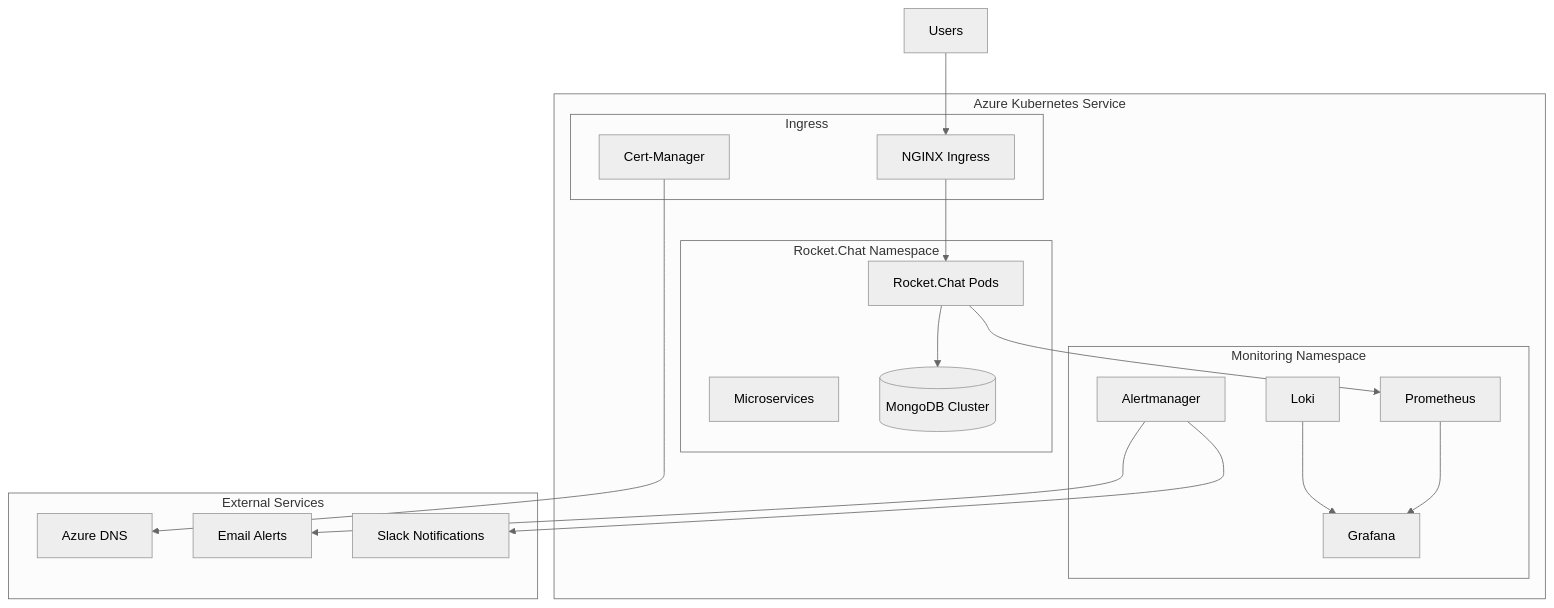
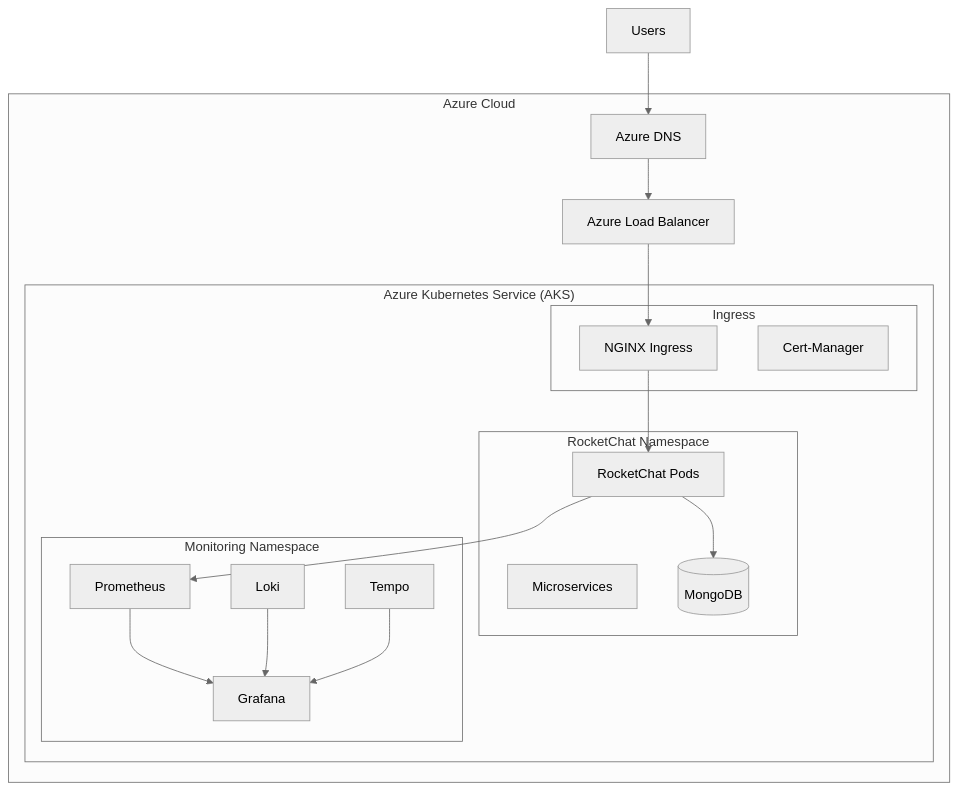
One commit to Canepro/rocketchat-k8s-deployment changed the diagram in README.md. Above: the diagram before and after it, drawn with Mermaid (neutral theme). The commit also changed other lines of this file and 1 other file, not shown here.

````diff
--- a/README.md
+++ b/README.md
@@ -60,38 +93,37 @@
 ```mermaid
 graph TB
-    subgraph "Azure Kubernetes Service"
-        subgraph "Rocket.Chat Namespace"
-            RC[Rocket.Chat Pods]
-            MS[Microservices]
-            DB[(MongoDB Cluster)]
+    subgraph "Azure Cloud"
+        subgraph "Azure Kubernetes Service (AKS)"
+            subgraph "RocketChat Namespace"
+                RC[RocketChat Pods]
+                MS[Microservices]
+                DB[(MongoDB)]
+            end
+            
+            subgraph "Monitoring Namespace"
+                P[Prometheus]
+                G[Grafana]
+                L[Loki]
+                T[Tempo]
+            end
+            
+            subgraph "Ingress"
+                IC[NGINX Ingress]
+                CM[Cert-Manager]
+            end
         end
         
-        subgraph "Monitoring Namespace"
-            P[Prometheus]
-            G[Grafana]
-            L[Loki]
-            AM[Alertmanager]
-        end
-        
-        subgraph "Ingress"
-            IC[NGINX Ingress]
-            CM[Cert-Manager]
-        end
+        LB[Azure Load Balancer]
+        DNS[Azure DNS]
     end
     
-    subgraph "External Services"
-        DNS[Azure DNS]
-        EMAIL[Email Alerts]
-        SLACK[Slack Notifications]
-    end
-    
-    Users --> IC
+    Users[Users] --> DNS
+    DNS --> LB
+    LB --> IC
     IC --> RC
     RC --> DB
     RC --> P
     P --> G
     L --> G
-    AM --> EMAIL
-    AM --> SLACK
-    CM --> DNS
+    T --> G
 ```
````
